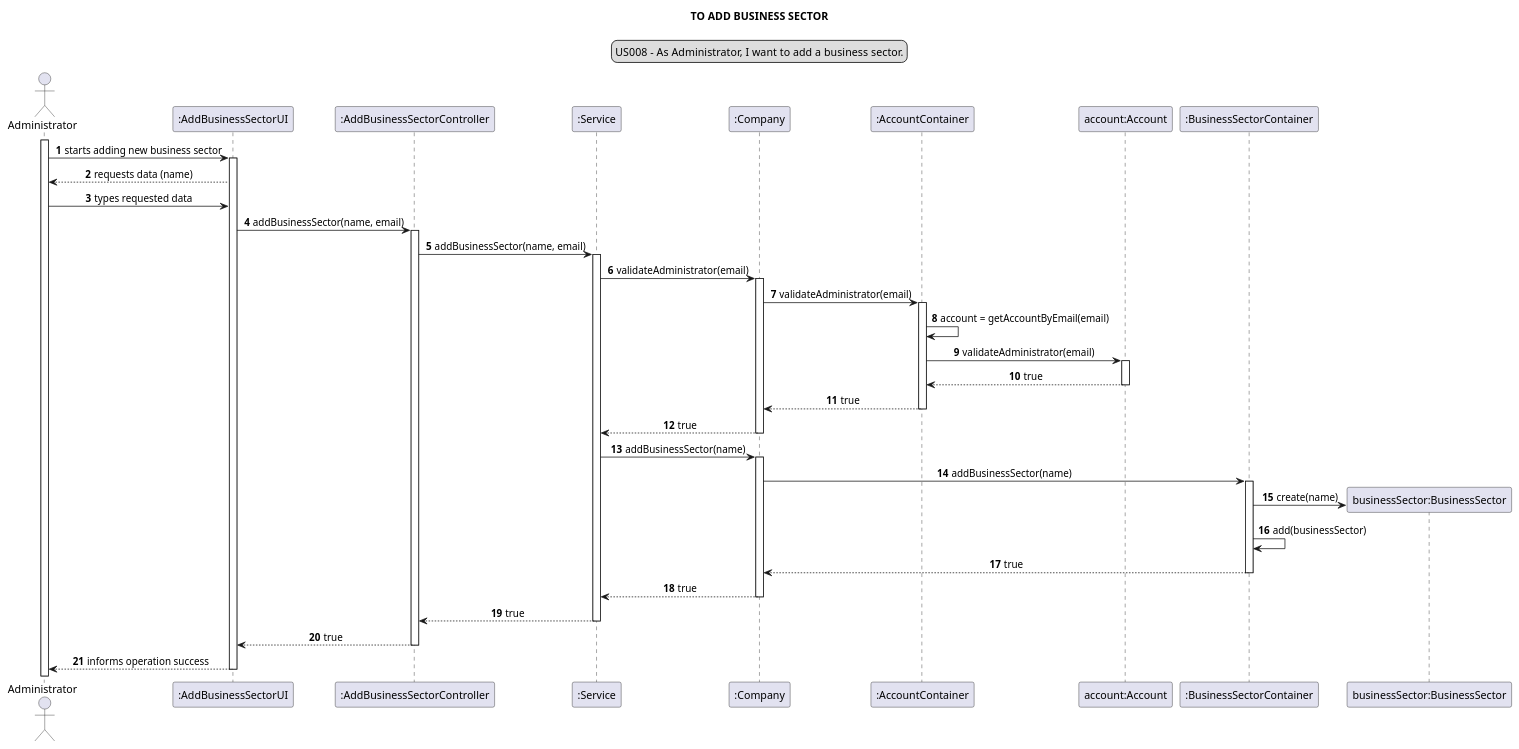
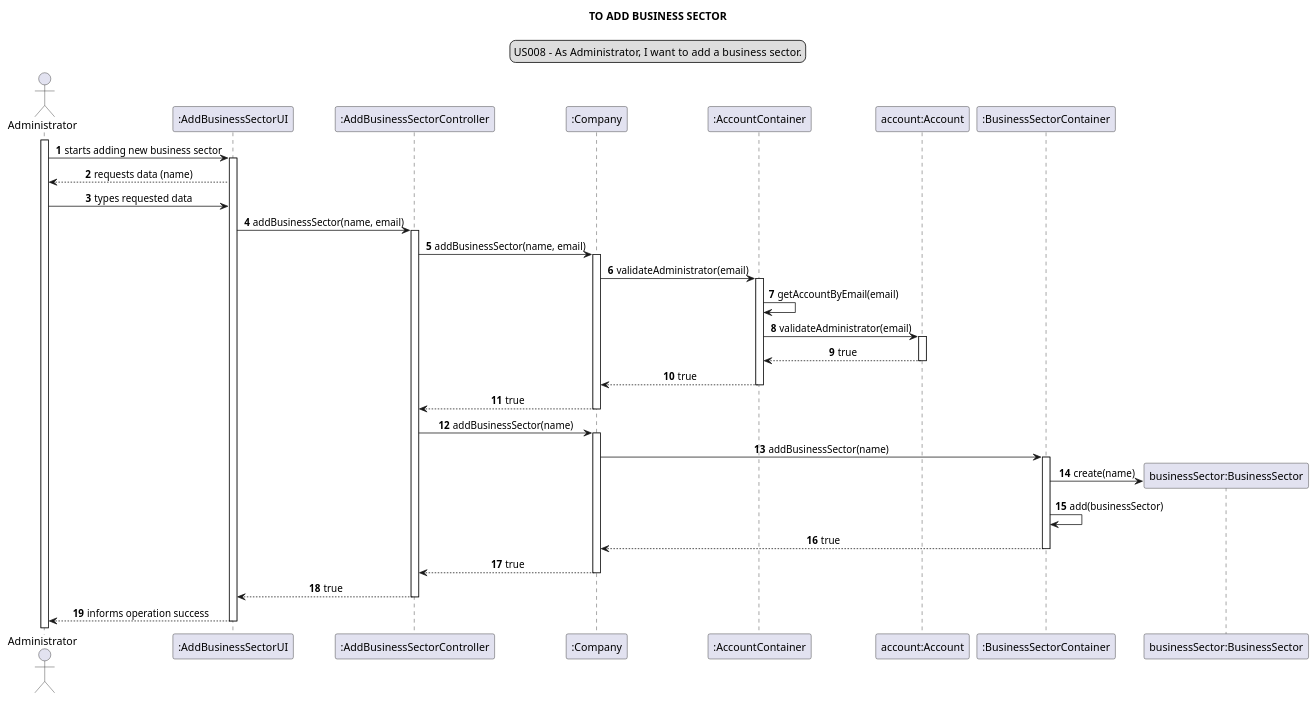
The diagram in docs/modelling_design/user_stories/us008/US008_sequenceDiagram.puml (Loracline/project_switch_22-23), drawn with PlantUML before and after one commit. The commit also changed 3 other files, not shown here.

Commit message:
US 008: refactor of class diagram and sequence diagram and creation of system sequence diagram.

```diff
--- a/docs/modelling_design/user_stories/us008/US008_sequenceDiagram.puml
+++ b/docs/modelling_design/user_stories/us008/US008_sequenceDiagram.puml
@@ -1,61 +1,56 @@
 @startuml
 'https://plantuml.com/sequence-diagram
 
 autonumber
 skinparam sequenceMessageAlign center
 title TO ADD BUSINESS SECTOR
 legend top
 US008 - As Administrator, I want to add a business sector.
 end legend
 
 actor Administrator as a
 participant ":AddBusinessSectorUI" as absui
 participant ":AddBusinessSectorController" as absc
-participant ":Service" as s
 participant ":Company" as c
 participant ":AccountContainer" as ac
 participant "account:Account" as acc
 participant ":BusinessSectorContainer" as bsc
 participant "businessSector:BusinessSector" as bs
 
 activate a
 a -> absui: starts adding new business sector
 activate absui
 a <-- absui: requests data (name)
 a -> absui: types requested data
 absui -> absc: addBusinessSector(name, email)
 activate absc
-absc -> s: addBusinessSector(name, email)
-activate s
-s -> c: validateAdministrator(email)
+absc -> c: addBusinessSector(name, email)
 activate c
 c -> ac: validateAdministrator(email)
 activate ac
-ac -> ac: account = getAccountByEmail(email)
+ac -> ac: getAccountByEmail(email)
 ac -> acc: validateAdministrator(email)
 activate acc
 ac <-- acc: true
 deactivate acc
 c <-- ac: true
 deactivate ac
-s <-- c: true
+absc <-- c: true
 deactivate c
-s -> c: addBusinessSector(name)
+absc -> c: addBusinessSector(name)
 activate c
 c -> bsc: addBusinessSector(name)
 activate bsc
 create bs
 bsc -> bs: create(name)
 bsc -> bsc: add(businessSector)
 c <-- bsc: true
 deactivate bsc
-s <-- c: true
+absc <-- c: true
 deactivate c
-absc <-- s: true
-deactivate s
 absui <-- absc: true
 deactivate absc
 a <-- absui: informs operation success
 deactivate absui
 
 @enduml
```
